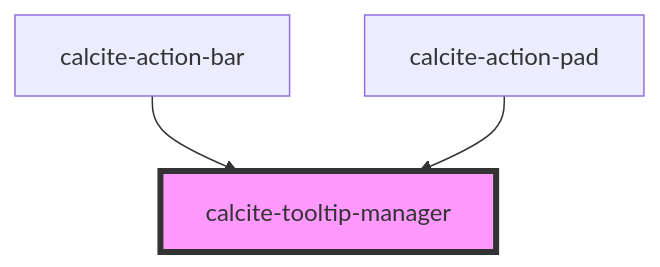
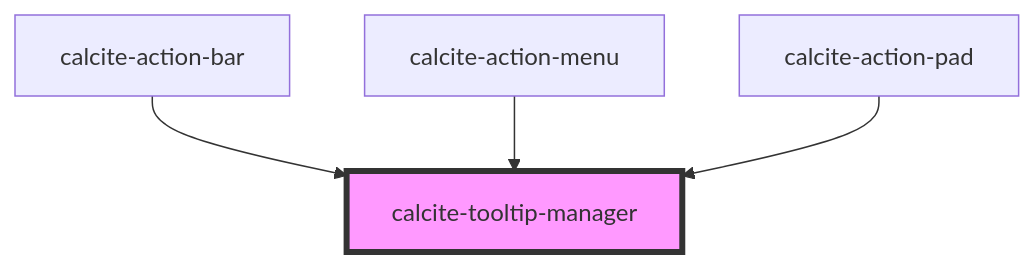
The diagram in src/components/calcite-tooltip-manager/readme.md (vikivakarvc/calcite-design-system), drawn with Mermaid before and after one commit. The commit also changed other lines of this file and 36 other files, not shown here.

````diff
--- a/src/components/calcite-tooltip-manager/readme.md
+++ b/src/components/calcite-tooltip-manager/readme.md
@@ -20,6 +21,7 @@
 ```mermaid
 graph TD;
   calcite-action-bar --> calcite-tooltip-manager
+  calcite-action-menu --> calcite-tooltip-manager
   calcite-action-pad --> calcite-tooltip-manager
   style calcite-tooltip-manager fill:#f9f,stroke:#333,stroke-width:4px
 ```
````
